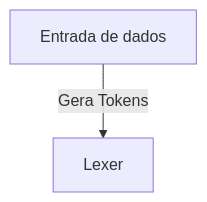
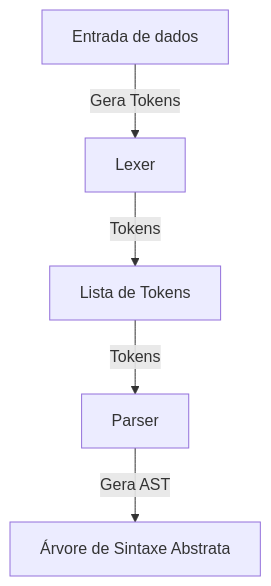
Before and after one commit to feliperafaldini/compiladores-4-semestre: the diagram in README.md, drawn with Mermaid.

````diff
--- a/README.md
+++ b/README.md
@@ -104,4 +104,9 @@
 ```mermaid
   flowchart TD
   data["Entrada de dados"] -->|Gera Tokens| Lexer[Lexer]
+  Lexer -->|Tokens| Tokens[Lista de Tokens]
+  Tokens -->|Tokens| Parser[Parser]
+  Parser -->|Gera AST| AST[Árvore de Sintaxe Abstrata]
+
+  class Lexer,Tokens,Parser,AST,Data internal
 ```
````
